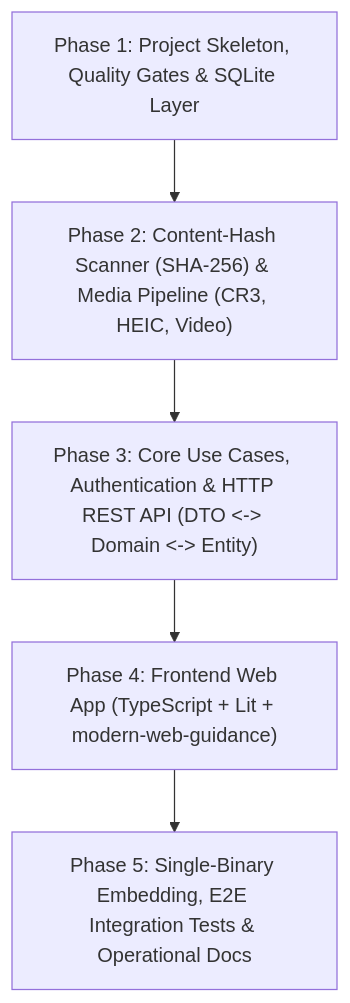
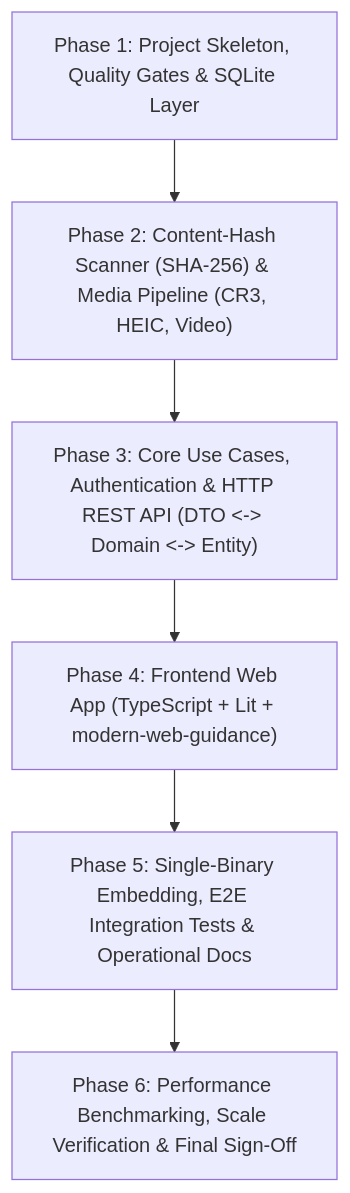
The diagram in docs/PROJECT_PLAN.md (lucastheo/Photos), drawn with Mermaid before and after one commit. The commit also changed other lines of this file, not shown here.

Commit message:
docs(docs): move performance verification into phase 6

````diff
--- a/docs/PROJECT_PLAN.md
+++ b/docs/PROJECT_PLAN.md
@@ -9,10 +9,11 @@
 ```mermaid
 flowchart TD
     P1["Phase 1: Project Skeleton, Quality Gates & SQLite Layer"]
     P2["Phase 2: Content-Hash Scanner (SHA-256) & Media Pipeline (CR3, HEIC, Video)"]
     P3["Phase 3: Core Use Cases, Authentication & HTTP REST API (DTO <-> Domain <-> Entity)"]
     P4["Phase 4: Frontend Web App (TypeScript + Lit + modern-web-guidance)"]
     P5["Phase 5: Single-Binary Embedding, E2E Integration Tests & Operational Docs"]
+    P6["Phase 6: Performance Benchmarking, Scale Verification & Final Sign-Off"]
 
-    P1 --> P2 --> P3 --> P4 --> P5
+    P1 --> P2 --> P3 --> P4 --> P5 --> P6
 ```
````
